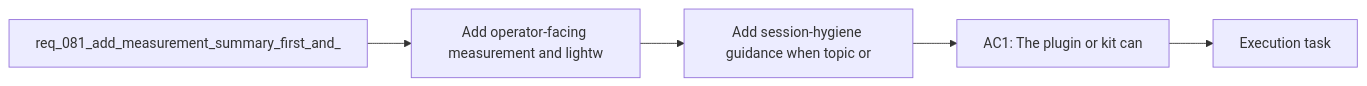
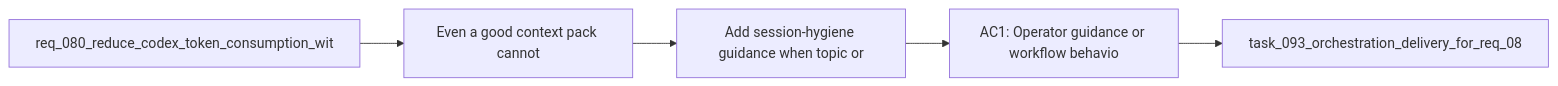
The diagram in logics/backlog/item_112_add_session_hygiene_guidance_when_topic_or_root_changes_materially.md (AlexAgo83/logics-manager), drawn with Mermaid before and after one commit. The commit also changed 481 other files, not shown here.

````diff
--- a/logics/backlog/item_112_add_session_hygiene_guidance_when_topic_or_root_changes_materially.md
+++ b/logics/backlog/item_112_add_session_hygiene_guidance_when_topic_or_root_changes_materially.md
@@ -25,9 +25,9 @@
 ```mermaid
 %% logics-kind: backlog
 %% logics-signature: backlog|add-session-hygiene-guidance-when-topic-|req-080-reduce-codex-token-consumption-w|even-a-good-context-pack-cannot|ac1-operator-guidance-or-workflow-behavi
 flowchart LR
-    Request[req_081_add_measurement_summary_first_and_] --> Problem[Add operator-facing measurement and lightw]
+    Request[req_080_reduce_codex_token_consumption_wit] --> Problem[Even a good context pack cannot]
     Problem --> Scope[Add session-hygiene guidance when topic or]
-    Scope --> Acceptance[AC1: The plugin or kit can]
-    Acceptance --> Tasks[Execution task]
+    Scope --> Acceptance[AC1: Operator guidance or workflow behavio]
+    Acceptance --> Tasks[task_093_orchestration_delivery_for_req_08]
 ```
````
